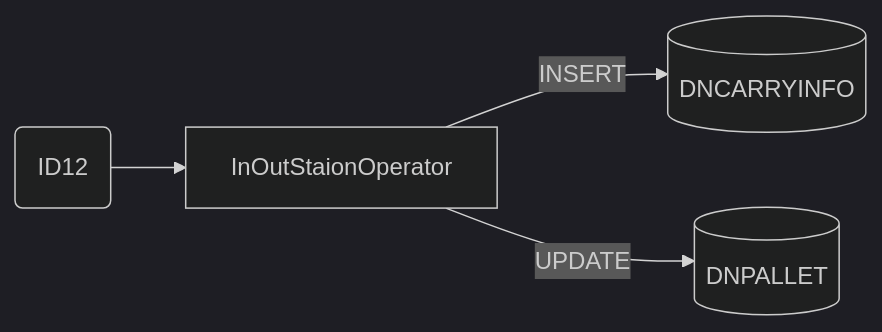
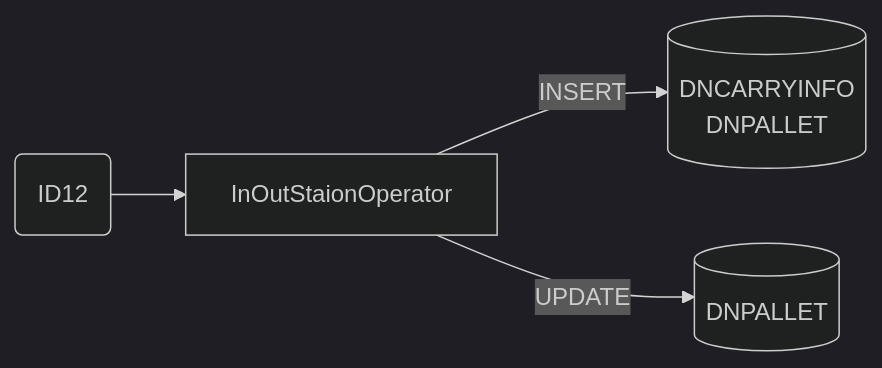
Before and after one commit to luthfiadityaa/SimeDarby-Wiki: the sixth of 17 diagrams in Basic-Design/DFD-WMS/Retrieval/QC-Setting/Retrieval-for-QC-Start.md, drawn with Mermaid (dark theme).

Commit message:
Updated Retrieval for QC Start

```diff
--- a/Basic-Design/DFD-WMS/Retrieval/QC-Setting/Retrieval-for-QC-Start.md
+++ b/Basic-Design/DFD-WMS/Retrieval/QC-Setting/Retrieval-for-QC-Start.md
@@ -293,21 +293,22 @@
 ::: mermaid
 flowchart LR
 
 id26msg("
 ID12
 ")
 
 id26-insert[("
 DNCARRYINFO
+DNPALLET
 ")]
 
 id26-update[("
 DNPALLET
 ")]
 
 inoutstationoperator[InOutStaionOperator]
 
 id26msg-->inoutstationoperator
 inoutstationoperator--> |INSERT| id26-insert
 inoutstationoperator--> |UPDATE| id26-update
 :::
```
